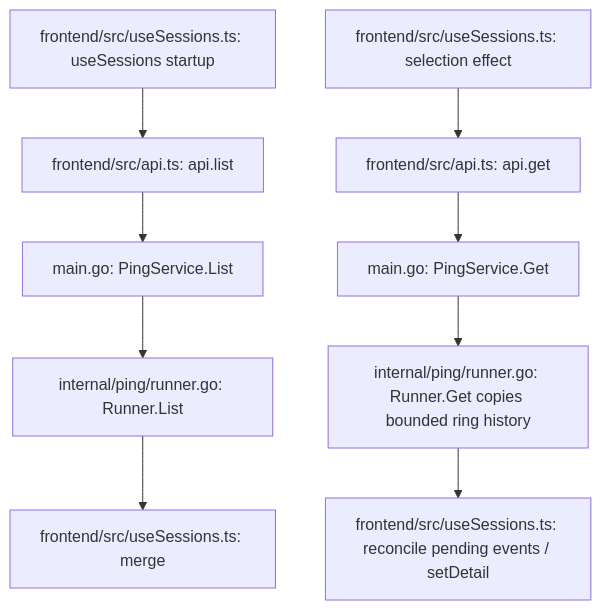
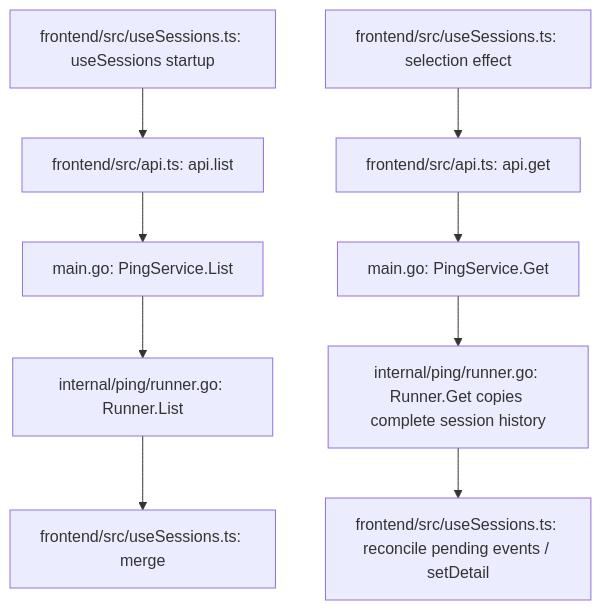
One commit to djian01/nt_gui changed the second of 4 diagrams in docs/api_reference/http-wails-prototype.md. Above: the diagram before and after it, drawn with Mermaid. The commit also changed other lines of this file and 7 other files, not shown here.

Commit message:
Add full timeline chart zoom

````diff
--- a/docs/api_reference/http-wails-prototype.md
+++ b/docs/api_reference/http-wails-prototype.md
@@ -58,11 +58,11 @@
 ```mermaid
 flowchart TD
     A["frontend/src/useSessions.ts: useSessions startup"] --> B["frontend/src/api.ts: api.list"]
     B --> C["main.go: PingService.List"]
     C --> D["internal/ping/runner.go: Runner.List"]
     E["frontend/src/useSessions.ts: selection effect"] --> F["frontend/src/api.ts: api.get"]
     F --> G["main.go: PingService.Get"]
-    G --> H["internal/ping/runner.go: Runner.Get copies bounded ring history"]
+    G --> H["internal/ping/runner.go: Runner.Get copies complete session history"]
     D --> I["frontend/src/useSessions.ts: merge"]
     H --> J["frontend/src/useSessions.ts: reconcile pending events / setDetail"]
 ```
````
